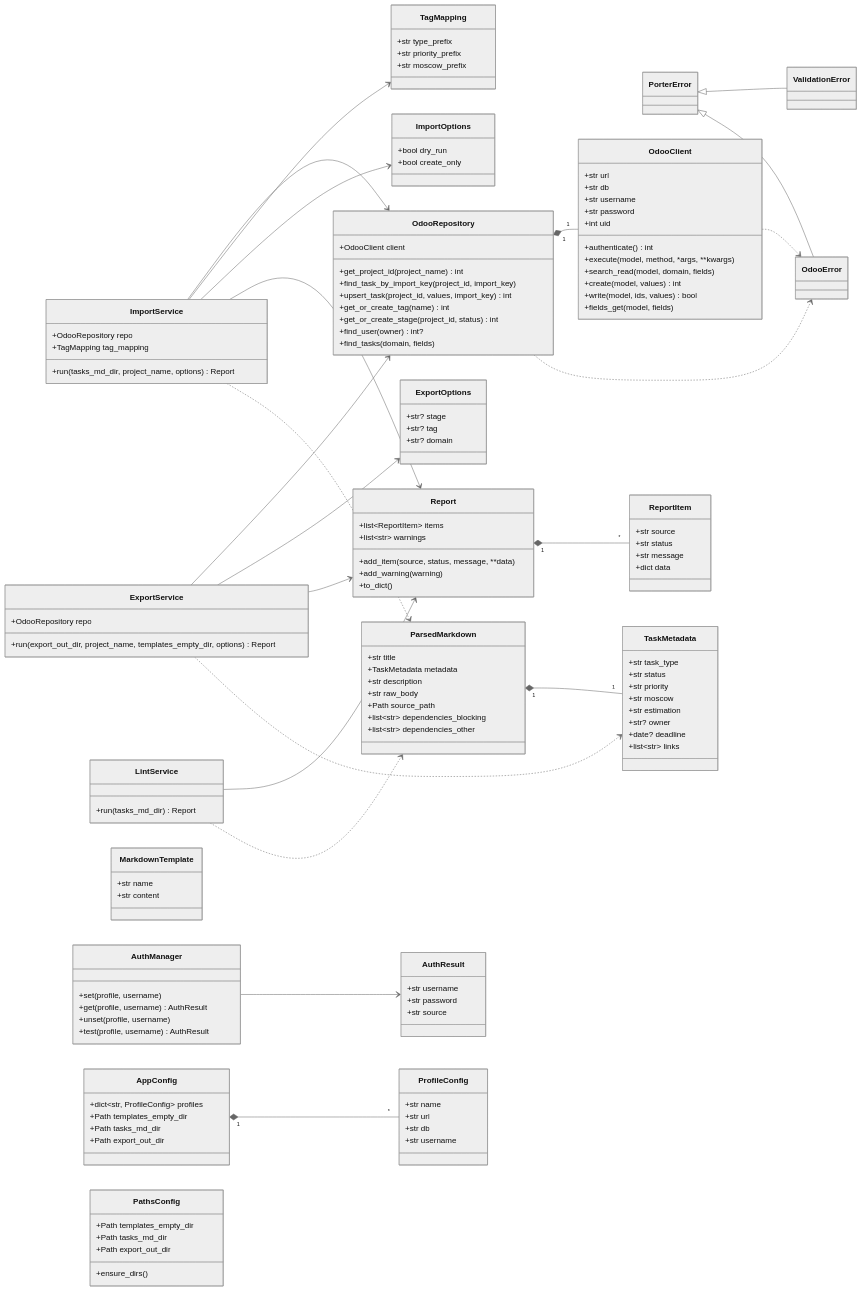
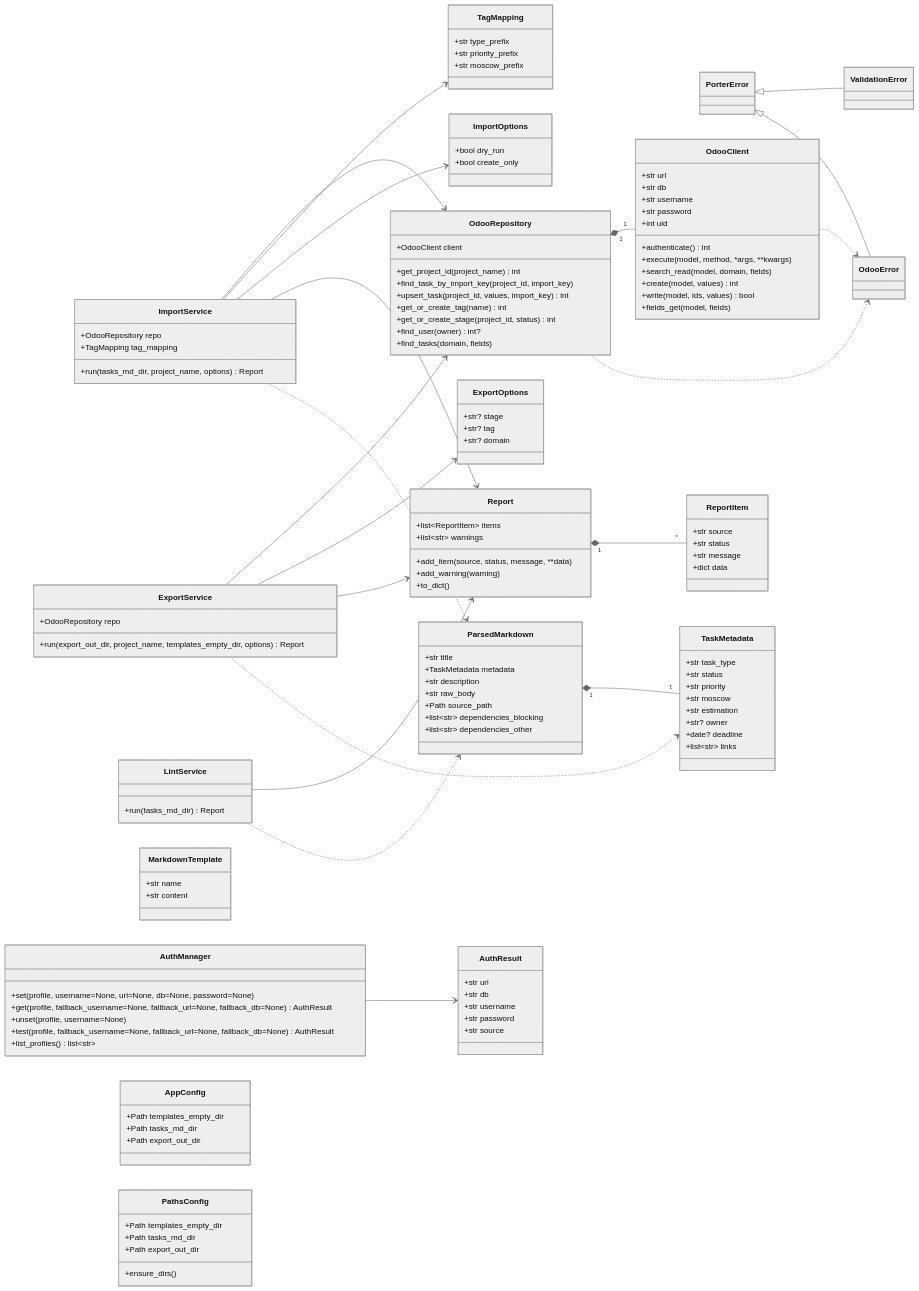
Before and after one commit to entrezunfredici/otp: the diagram in class_diagram.md, drawn with Mermaid (neutral theme). The commit also changed 19 other files, not shown here.

```diff
--- a/class_diagram.md
+++ b/class_diagram.md
@@ -124,31 +124,26 @@
   +str content
 }
 class AuthResult {
+  +str url
+  +str db
   +str username
   +str password
   +str source
 }
 class AuthManager {
-  +set(profile, username)
-  +get(profile, username) AuthResult
-  +unset(profile, username)
-  +test(profile, username) AuthResult
+  +set(profile, username=None, url=None, db=None, password=None)
+  +get(profile, fallback_username=None, fallback_url=None, fallback_db=None) AuthResult
+  +unset(profile, username=None)
+  +test(profile, fallback_username=None, fallback_url=None, fallback_db=None) AuthResult
+  +list_profiles() list~str~
 }
 AuthManager --> AuthResult
 
-class ProfileConfig {
-  +str name
-  +str url
-  +str db
-  +str username
-}
 class AppConfig {
-  +dict~str, ProfileConfig~ profiles
   +Path templates_empty_dir
   +Path tasks_md_dir
   +Path export_out_dir
 }
-AppConfig "1" *-- "*" ProfileConfig
 
 class PathsConfig {
   +Path templates_empty_dir
```
